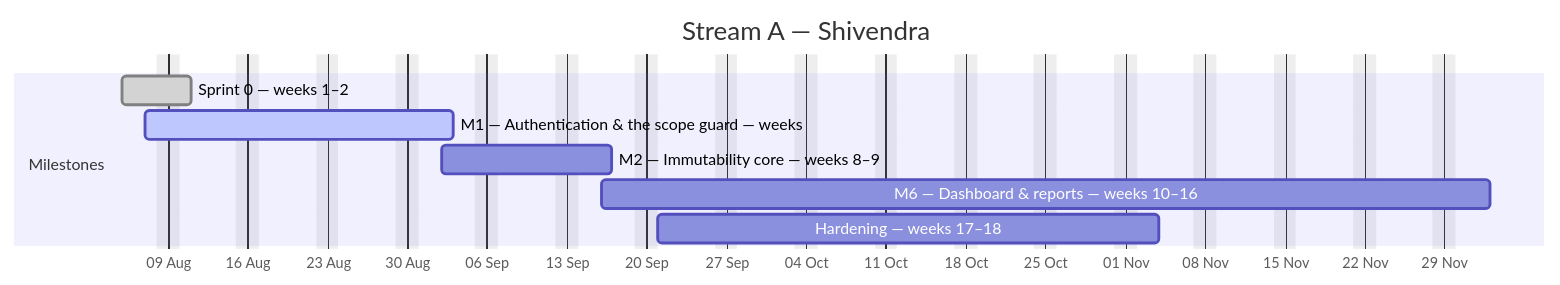
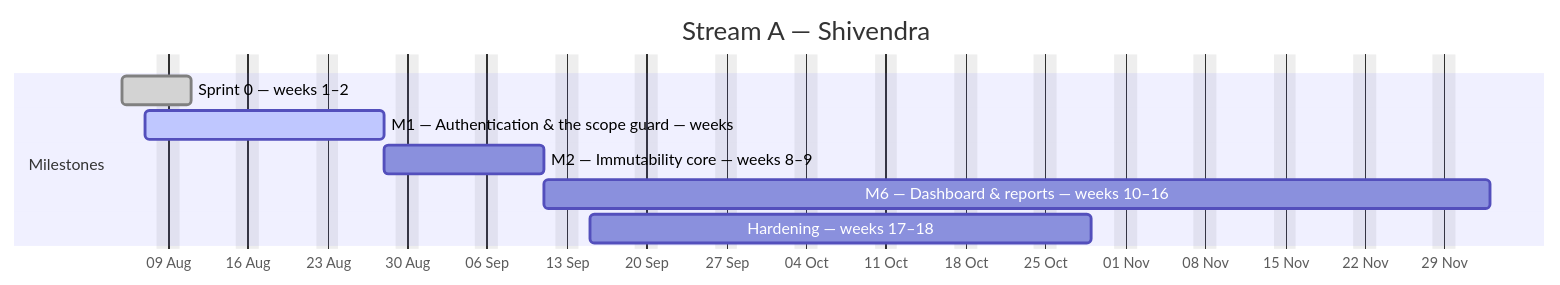
The first of 4 diagrams in docs/plan/GANTT.md (debashisedunext/EduTrack), drawn with Mermaid before and after one commit. The commit also changed other lines of this file and 3 other files, not shown here.

````diff
--- a/docs/plan/GANTT.md
+++ b/docs/plan/GANTT.md
@@ -126,13 +125,13 @@
 ```mermaid
 gantt
     dateFormat YYYY-MM-DD
     axisFormat %d %b
     title Stream A — Shivendra
     excludes weekends
     section Milestones
     Sprint 0 — weeks 1–2 :done, a0, 2026-08-05, 4d
-    M1 — Authentication & the scope guard — weeks :active, a1, 2026-08-07, 19d
-    M2 — Immutability core — weeks 8–9 :a2, 2026-09-02, 11d
-    M6 — Dashboard & reports — weeks 10–16 :a3, 2026-09-16, 56d
-    Hardening — weeks 17–18 :a4, 2026-09-21, 32d
+    M1 — Authentication & the scope guard — weeks :active, a1, 2026-08-07, 15d
+    M2 — Immutability core — weeks 8–9 :a2, 2026-08-28, 10d
+    M6 — Dashboard & reports — weeks 10–16 :a3, 2026-09-11, 59d
+    Hardening — weeks 17–18 :a4, 2026-09-15, 32d
 ```
````
